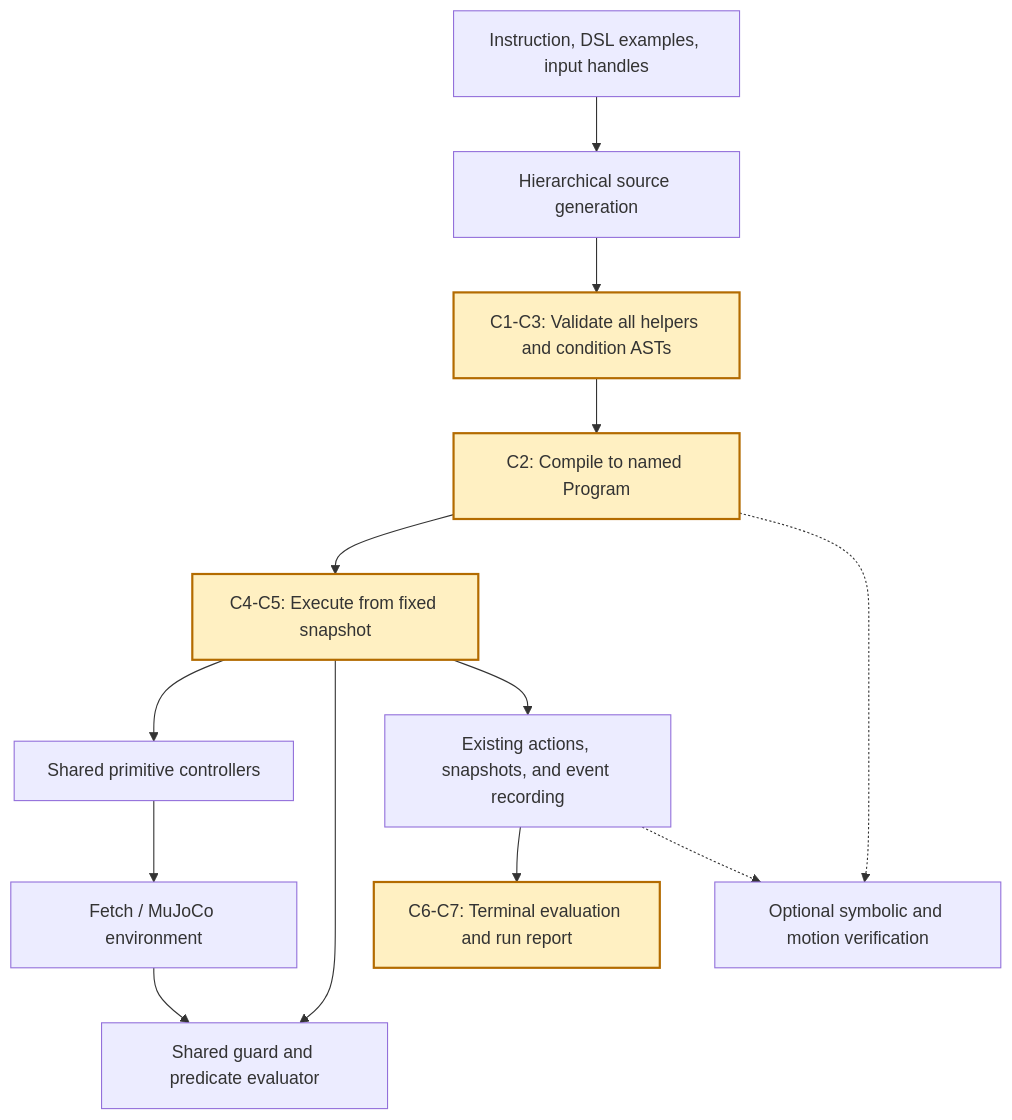
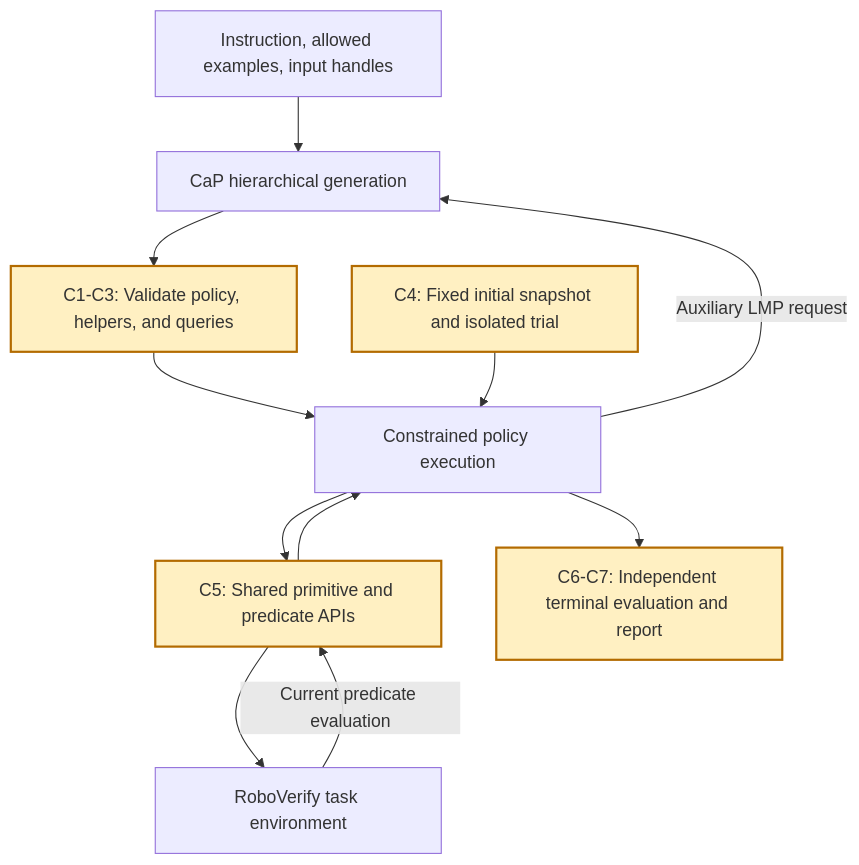
The second of 2 diagrams in roboverify/synthesis/cap/CAP-INTEGRATION.md (RU-Automated-Reasoning-Group/RoboVerify), drawn with Mermaid before and after one commit. The commit also changed other lines of this file, not shown here.

Commit message:
docs: define constrained CaP six-task benchmark scope

````diff
--- a/roboverify/synthesis/cap/CAP-INTEGRATION.md
+++ b/roboverify/synthesis/cap/CAP-INTEGRATION.md
@@ -134,17 +177,15 @@
 ```mermaid
 flowchart TD
-    I["Instruction, DSL examples, input handles"] --> G["Hierarchical source generation"]
-    G --> V["C1-C3: Validate all helpers and condition ASTs"]
-    V --> P["C2: Compile to named Program"]
-    P --> X["C4-C5: Execute from fixed snapshot"]
-    X --> C["Shared primitive controllers"]
-    X --> Q["Shared guard and predicate evaluator"]
-    C --> E["Fetch / MuJoCo environment"]
-    E --> Q
-    X --> R["Existing actions, snapshots, and event recording"]
-    R --> A["C6-C7: Terminal evaluation and run report"]
-    P -.-> B["Optional symbolic and motion verification"]
-    R -.-> B
+    I["Instruction, allowed examples, input handles"] --> G["CaP hierarchical generation"]
+    G --> V["C1-C3: Validate policy, helpers, and queries"]
+    V --> X["Constrained policy execution"]
+    X -->|"Auxiliary LMP request"| G
+    X --> A["C5: Shared primitive and predicate APIs"]
+    A --> E["RoboVerify task environment"]
+    E -->|"Current predicate evaluation"| A
+    A --> X
+    S["C4: Fixed initial snapshot and isolated trial"] --> X
+    X --> R["C6-C7: Independent terminal evaluation and report"]
     classDef changed fill:#fff0c2,stroke:#b36b00,stroke-width:2px;
-    class V,P,X,A changed;
+    class V,A,S,R changed;
 ```
````
